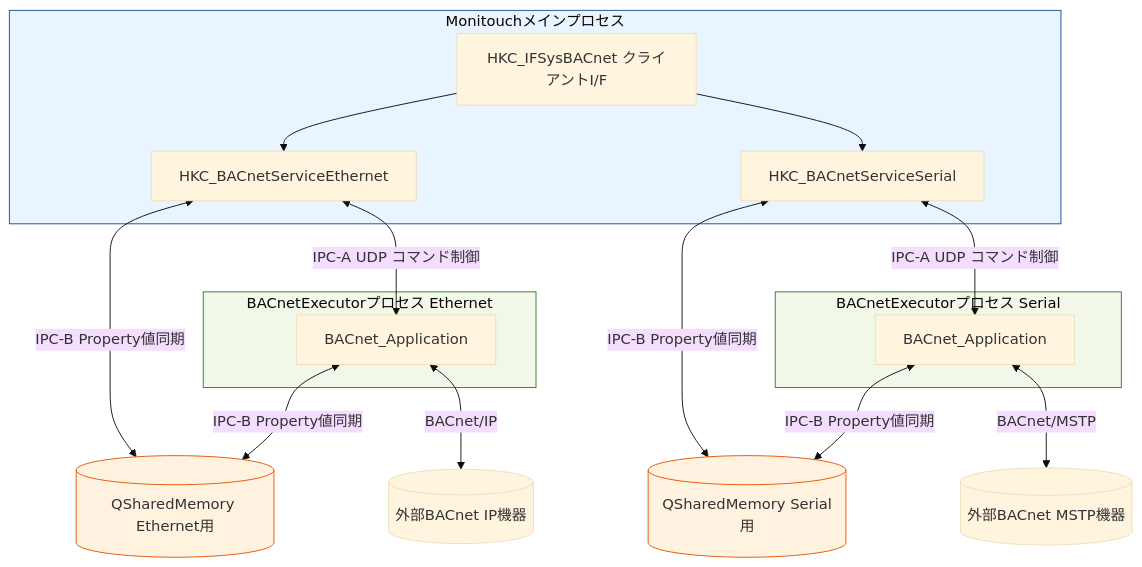
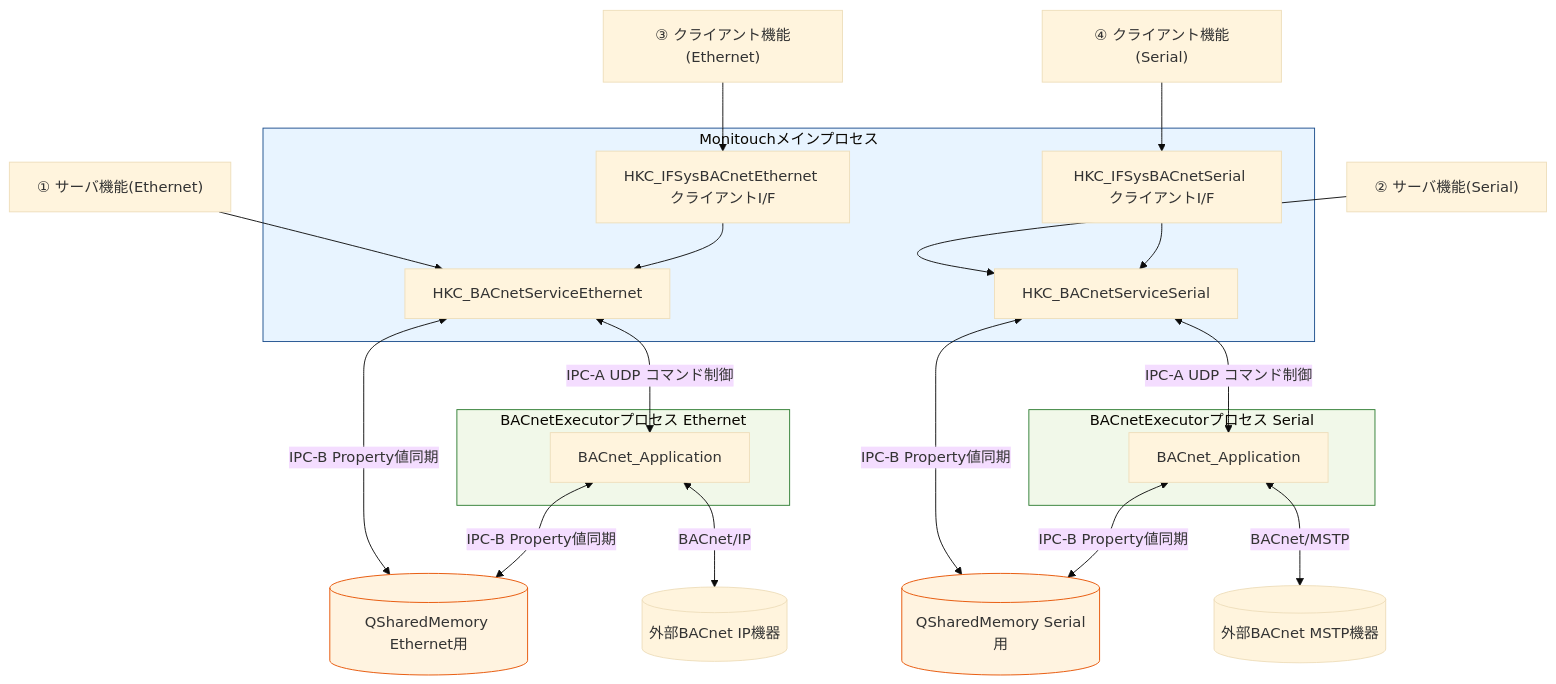
The first of 19 diagrams in bacnet.md (moto046/markdown-test), drawn with Mermaid (base theme) before and after one commit. The commit also changed other lines of this file, not shown here.

````diff
--- a/bacnet.md
+++ b/bacnet.md
@@ -95,38 +95,46 @@
 ```mermaid
-graph TD
-    subgraph MT[Monitouchメインプロセス]
-        IF[HKC_IFSysBACnet クライアントI/F]
-        SvcE[HKC_BACnetServiceEthernet]
-        SvcS[HKC_BACnetServiceSerial]
-    end
+graph TD;
+  P1["① サーバ機能(Ethernet)"];
+  P2["② サーバ機能(Serial)"];
+  P3["③ クライアント機能(Ethernet)"];
+  P4["④ クライアント機能(Serial)"];
 
-    subgraph EE[BACnetExecutorプロセス Ethernet]
-        AE[BACnet_Application]
-    end
+  subgraph MT[Monitouchメインプロセス];
+  CE[HKC_IFSysBACnetEthernet クライアントI/F];
+  CS[HKC_IFSysBACnetSerial クライアントI/F];
+    SvcE[HKC_BACnetServiceEthernet];
+    SvcS[HKC_BACnetServiceSerial];
+  end;
 
-    subgraph ES[BACnetExecutorプロセス Serial]
-        AS[BACnet_Application]
-    end
+  subgraph EE[BACnetExecutorプロセス Ethernet];
+    AE[BACnet_Application];
+  end;
 
-    SME[(QSharedMemory Ethernet用)]
-    SMS[(QSharedMemory Serial用)]
-    ExtE[(外部BACnet IP機器)]
-    ExtS[(外部BACnet MSTP機器)]
+  subgraph ES[BACnetExecutorプロセス Serial];
+    AS[BACnet_Application];
+  end;
 
-    IF --> SvcE
-    IF --> SvcS
-    SvcE <-->|"IPC-A  UDP コマンド制御"| AE
-    SvcS <-->|"IPC-A  UDP コマンド制御"| AS
-    SvcE <-->|"IPC-B  Property値同期"| SME
-    AE <-->|"IPC-B  Property値同期"| SME
-    SvcS <-->|"IPC-B  Property値同期"| SMS
-    AS <-->|"IPC-B  Property値同期"| SMS
-    AE <-->|"BACnet/IP"| ExtE
-    AS <-->|"BACnet/MSTP"| ExtS
+  SME[(QSharedMemory Ethernet用)];
+  SMS[(QSharedMemory Serial用)];
+  ExtE[(外部BACnet IP機器)];
+  ExtS[(外部BACnet MSTP機器)];
 
-    style MT fill:#e8f4ff,stroke:#1a4d8c
-    style EE fill:#f1f8e9,stroke:#2e7d32
-    style ES fill:#f1f8e9,stroke:#2e7d32
-    style SME fill:#fff3e0,stroke:#e65100
-    style SMS fill:#fff3e0,stroke:#e65100
+  P1 --> SvcE;
+  P2 --> SvcS;
+  P3 --> CE --> SvcE;
+  P4 --> CS --> SvcS;
+  SvcE <-->|"IPC-A  UDP コマンド制御"| AE;
+  SvcS <-->|"IPC-A  UDP コマンド制御"| AS;
+  SvcE <-->|"IPC-B  Property値同期"| SME;
+  AE <-->|"IPC-B  Property値同期"| SME;
+  SvcS <-->|"IPC-B  Property値同期"| SMS;
+  AS <-->|"IPC-B  Property値同期"| SMS;
+  AE <-->|"BACnet/IP"| ExtE;
+  AS <-->|"BACnet/MSTP"| ExtS;
+
+  style MT fill:#e8f4ff,stroke:#1a4d8c;
+  style EE fill:#f1f8e9,stroke:#2e7d32;
+  style ES fill:#f1f8e9,stroke:#2e7d32;
+  style SME fill:#fff3e0,stroke:#e65100;
+  style SMS fill:#fff3e0,stroke:#e65100;
 ```
````
